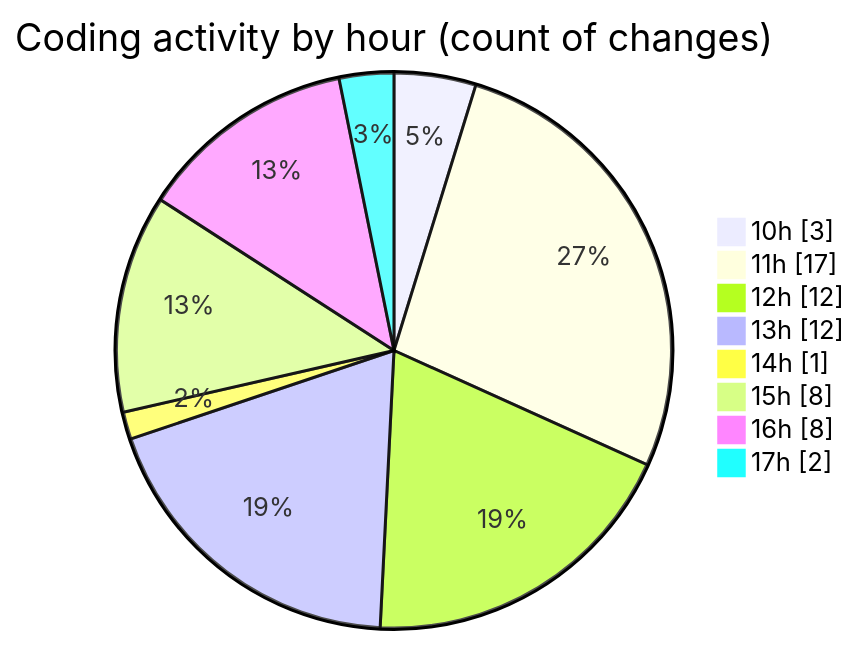
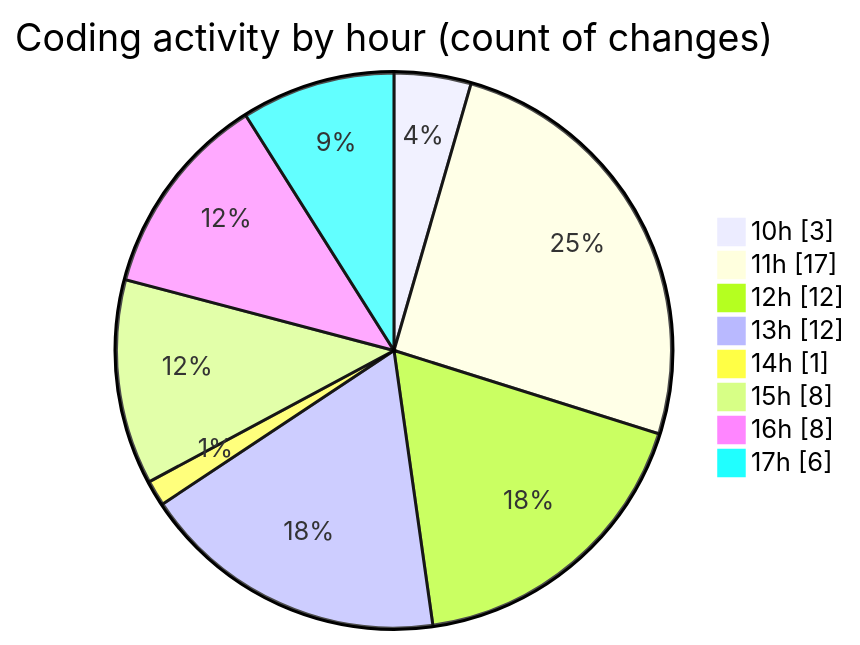
The second of 2 diagrams in 2025-09-19/nxtqube_webapp/README.md (nxtqubesakshisongat/code-tracking), drawn with Mermaid before and after one commit. The commit also changed other lines of this file and 1 other file, not shown here.

````diff
--- a/2025-09-19/nxtqube_webapp/README.md
+++ b/2025-09-19/nxtqube_webapp/README.md
@@ -33,12 +33,12 @@
 ```mermaid
 pie showData
 title Coding activity by hour (count of changes)
 "10h" : 3
 "11h" : 17
 "12h" : 12
 "13h" : 12
 "14h" : 1
 "15h" : 8
 "16h" : 8
-"17h" : 2
+"17h" : 6
 ```
````
